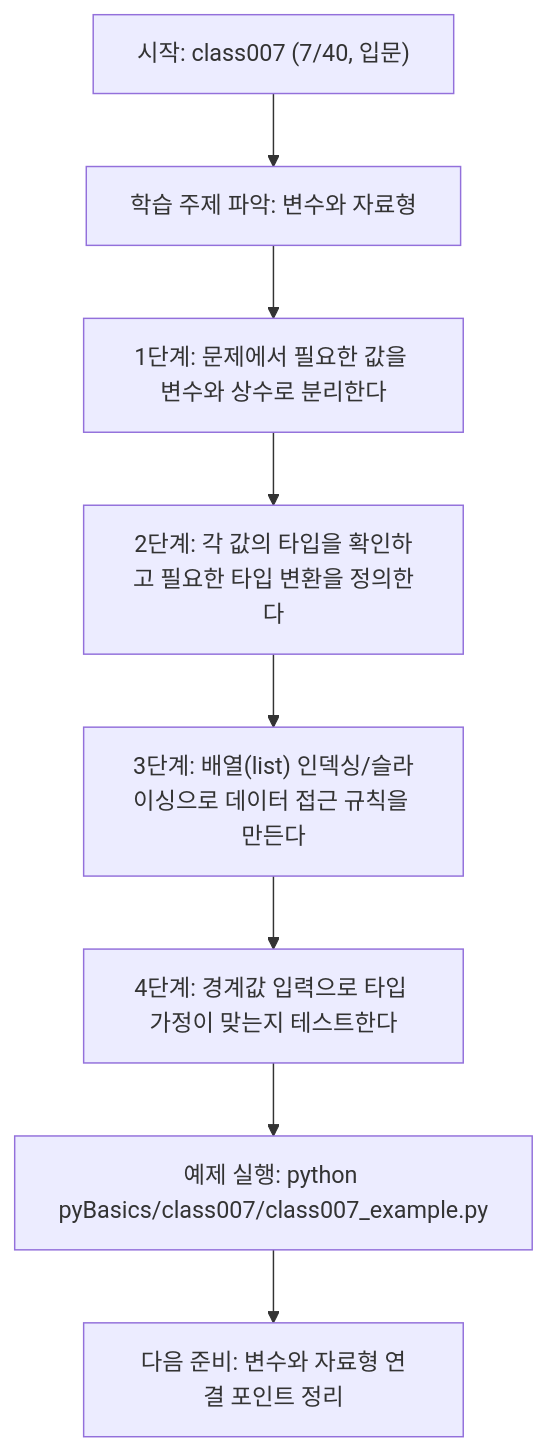
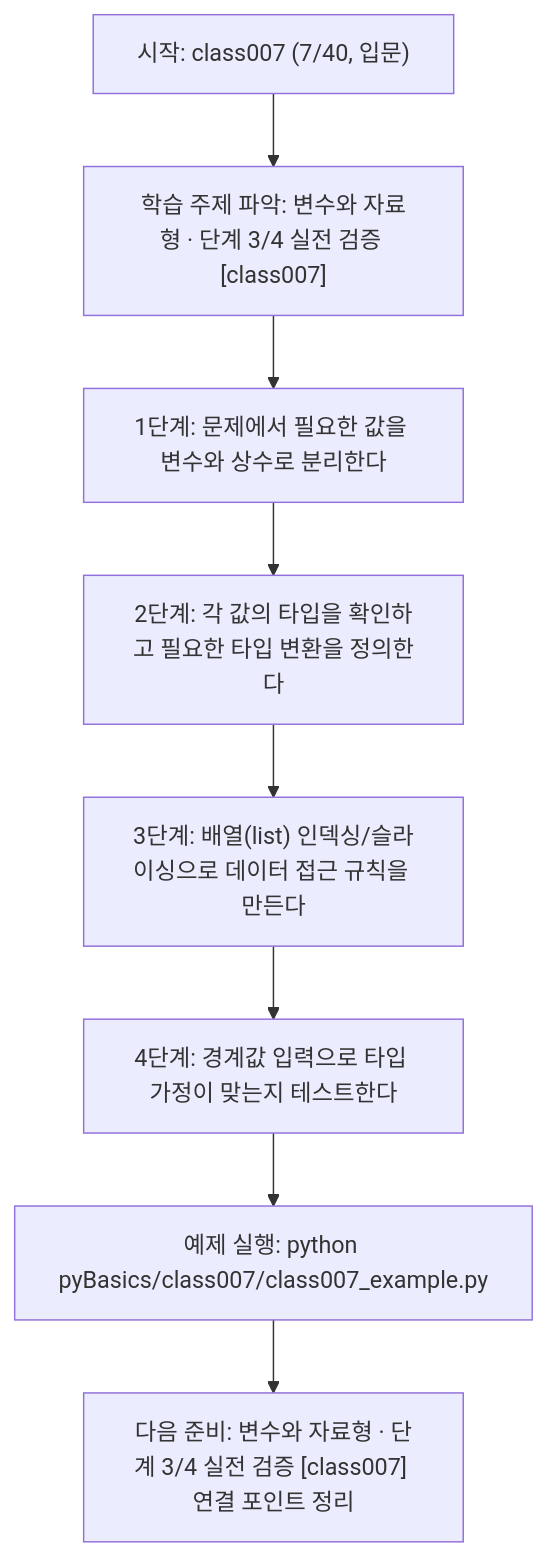
The diagram in pyBasics/class007/class007.md (edumgt/Python-AI_Agent-Class), drawn with Mermaid before and after one commit. The commit also changed other lines of this file and 522 other files, not shown here.

````diff
--- a/pyBasics/class007/class007.md
+++ b/pyBasics/class007/class007.md
@@ -108,18 +109,18 @@
 ```mermaid
 flowchart TD
 N1["시작: class007 (7/40, 입문)"]
-N2["학습 주제 파악: 변수와 자료형"]
+N2["학습 주제 파악: 변수와 자료형 · 단계 3/4 실전 검증 [class007]"]
 N3["1단계: 문제에서 필요한 값을 변수와 상수로 분리한다"]
 N4["2단계: 각 값의 타입을 확인하고 필요한 타입 변환을 정의한다"]
 N5["3단계: 배열(list) 인덱싱/슬라이싱으로 데이터 접근 규칙을 만든다"]
 N6["4단계: 경계값 입력으로 타입 가정이 맞는지 테스트한다"]
 N7["예제 실행: python pyBasics/class007/class007_example.py"]
-N8["다음 준비: 변수와 자료형 연결 포인트 정리"]
+N8["다음 준비: 변수와 자료형 · 단계 3/4 실전 검증 [class007] 연결 포인트 정리"]
 N1 --> N2
 N2 --> N3
 N3 --> N4
 N4 --> N5
 N5 --> N6
 N6 --> N7
 N7 --> N8
 ```
````
